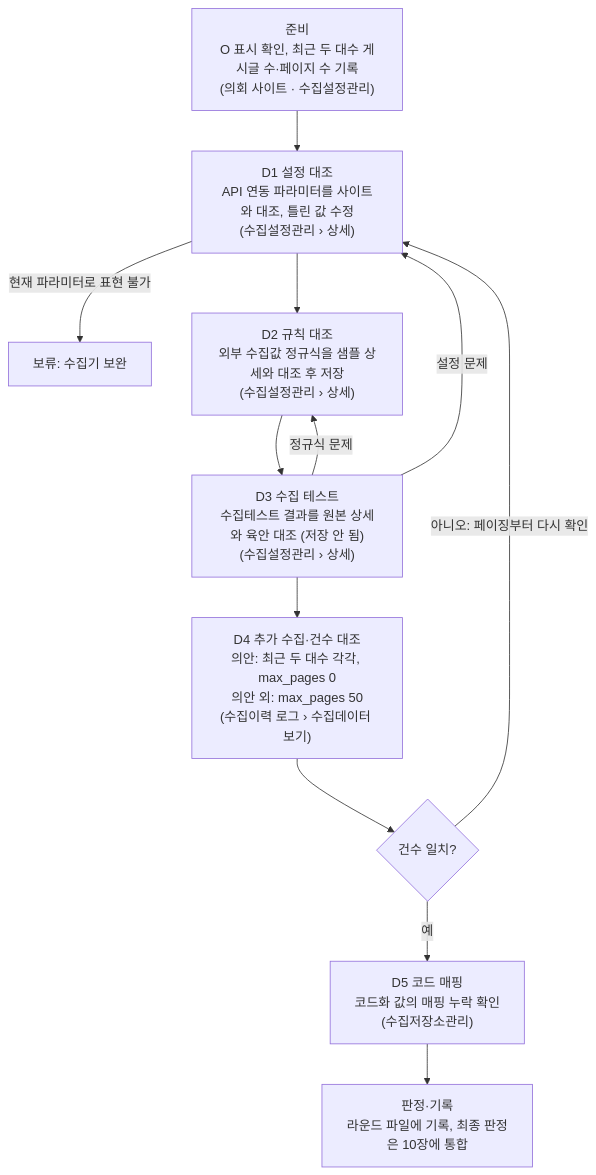
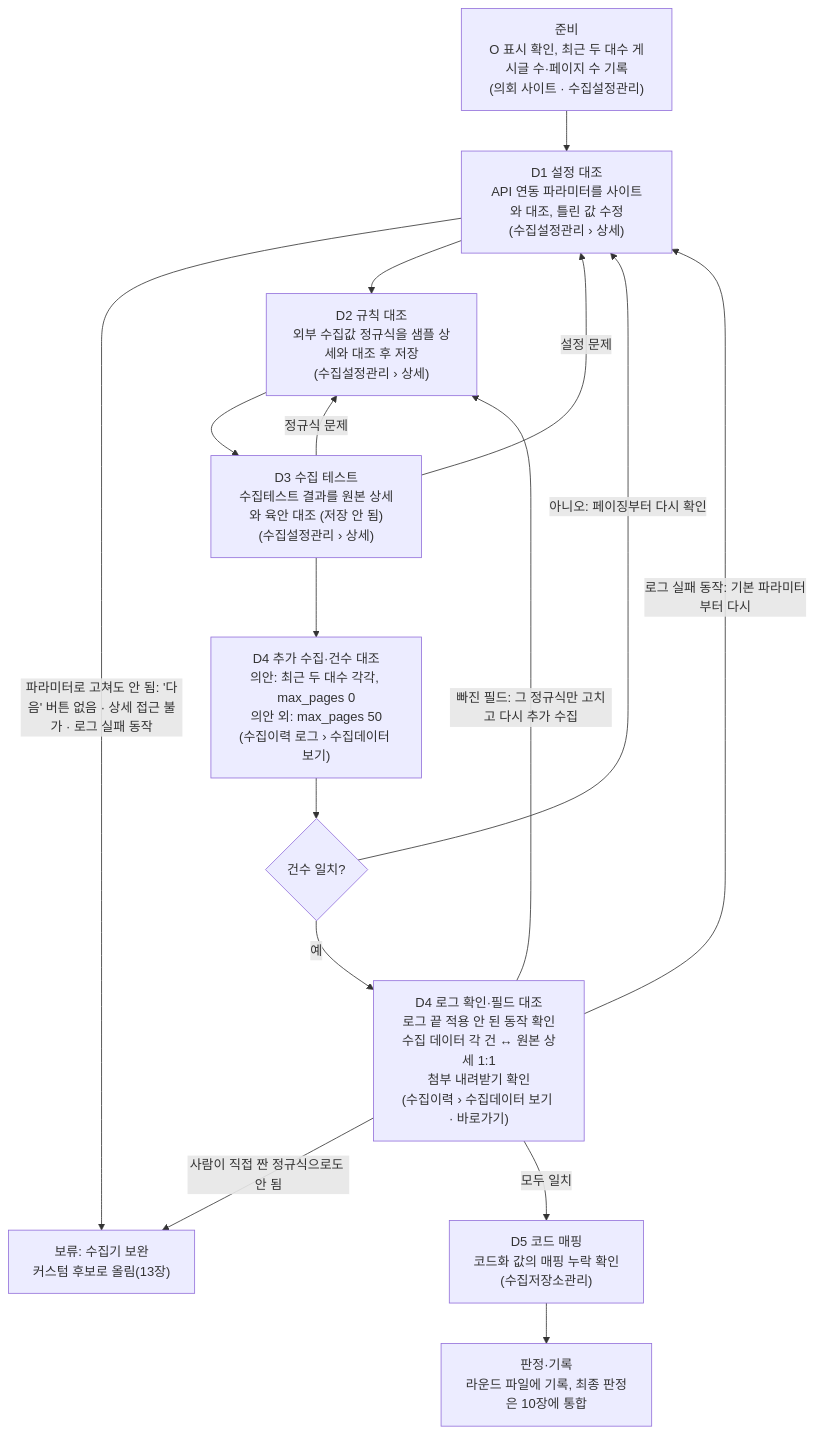
Before and after one commit to choimingyu99/collector: the diagram in SSOT.md, drawn with Mermaid. The commit also changed other lines of this file and 3 other files, not shown here.

````diff
--- a/SSOT.md
+++ b/SSOT.md
@@ -81,14 +84,18 @@
 ```mermaid
 flowchart TD
     P["준비<br/>O 표시 확인, 최근 두 대수 게시글 수·페이지 수 기록<br/>(의회 사이트 · 수집설정관리)"] --> D1["D1 설정 대조<br/>API 연동 파라미터를 사이트와 대조, 틀린 값 수정<br/>(수집설정관리 › 상세)"]
-    D1 -->|현재 파라미터로 표현 불가| H["보류: 수집기 보완"]
+    D1 -->|파라미터로 고쳐도 안 됨: '다음' 버튼 없음 · 상세 접근 불가 · 로그 실패 동작| H["보류: 수집기 보완<br/>커스텀 후보로 올림(13장)"]
     D1 --> D2["D2 규칙 대조<br/>외부 수집값 정규식을 샘플 상세와 대조 후 저장<br/>(수집설정관리 › 상세)"]
     D2 --> D3["D3 수집 테스트<br/>수집테스트 결과를 원본 상세와 육안 대조 (저장 안 됨)<br/>(수집설정관리 › 상세)"]
     D3 -->|정규식 문제| D2
     D3 -->|설정 문제| D1
     D3 --> D4["D4 추가 수집·건수 대조<br/>의안: 최근 두 대수 각각, max_pages 0<br/>의안 외: max_pages 50<br/>(수집이력 로그 › 수집데이터 보기)"]
     D4 --> C{건수 일치?}
     C -->|아니오: 페이징부터 다시 확인| D1
-    C -->|예| D5["D5 코드 매핑<br/>코드화 값의 매핑 누락 확인<br/>(수집저장소관리)"]
+    C -->|예| F["D4 로그 확인·필드 대조<br/>로그 끝 적용 안 된 동작 확인<br/>수집 데이터 각 건 ↔ 원본 상세 1:1<br/>첨부 내려받기 확인<br/>(수집이력 › 수집데이터 보기 · 바로가기)"]
+    F -->|로그 실패 동작: 기본 파라미터부터 다시| D1
+    F -->|빠진 필드: 그 정규식만 고치고 다시 추가 수집| D2
+    F -->|사람이 직접 짠 정규식으로도 안 됨| H
+    F -->|모두 일치| D5["D5 코드 매핑<br/>코드화 값의 매핑 누락 확인<br/>(수집저장소관리)"]
     D5 --> R["판정·기록<br/>라운드 파일에 기록, 최종 판정은 10장에 통합"]
 ```
````
